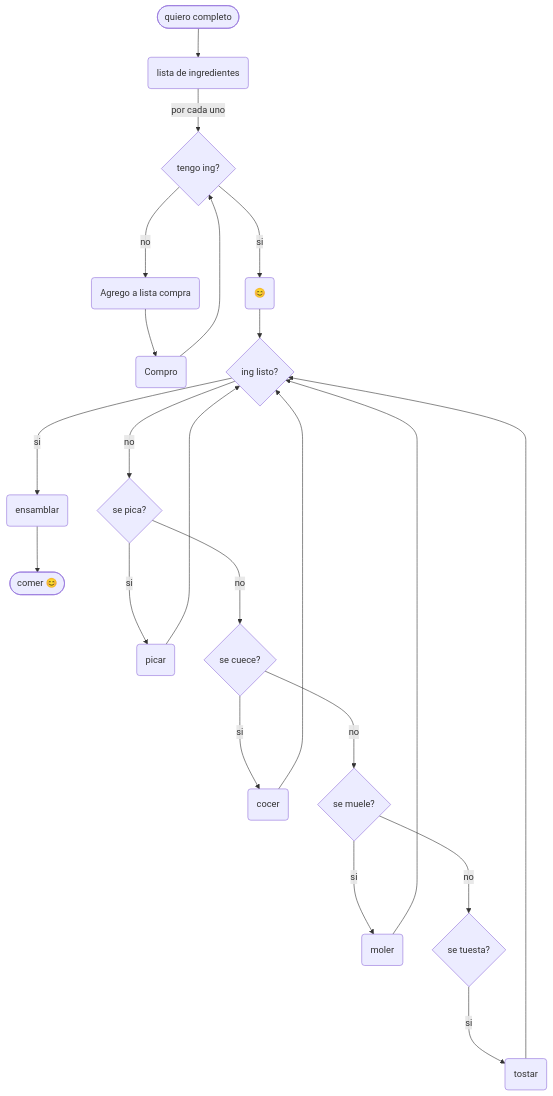
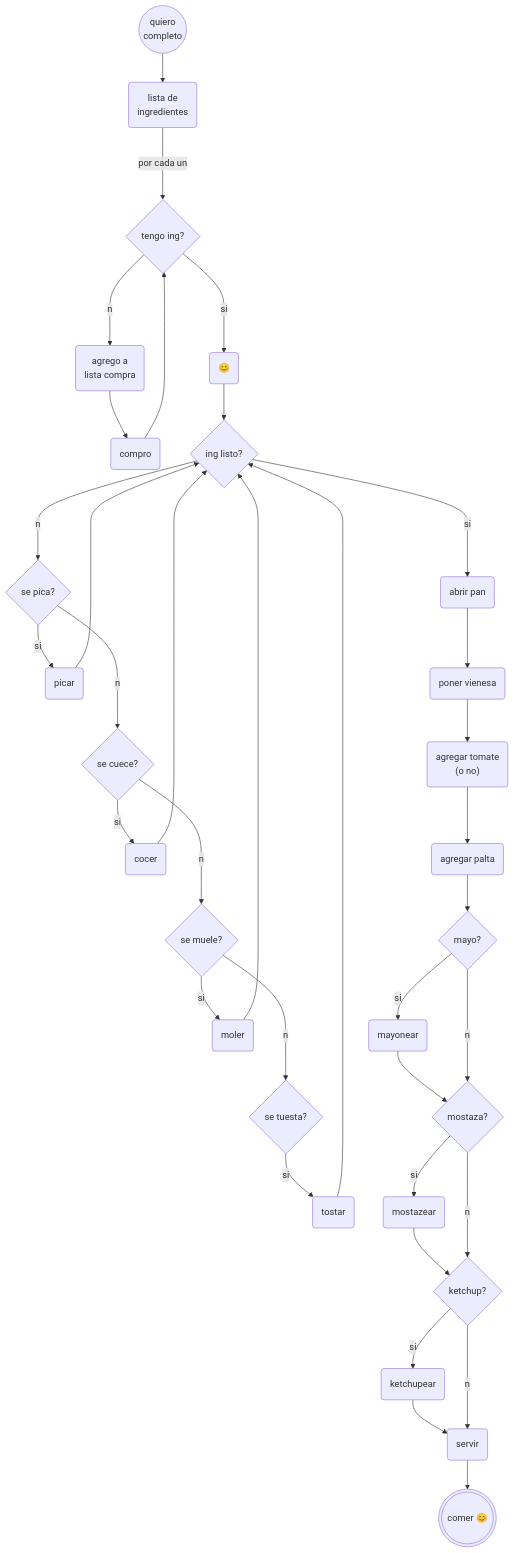
One commit to antoloch/dis8645-2026-2-procesos-2 changed the diagram in 22-sz-mada/sesion-13a/README.md. Above: the diagram before and after it, drawn with Mermaid. The commit also changed other lines of this file, not shown here.

````diff
--- a/22-sz-mada/sesion-13a/README.md
+++ b/22-sz-mada/sesion-13a/README.md
@@ -47,20 +49,30 @@
 ```mermaid
 flowchart TD
 
-A([quiero completo])-->B(lista de ingredientes);
-B-->|por cada uno|C{tengo ing?};
-C--->|si|D(😊);
-C--->|no|E(Agrego a lista compra);
-E-->F(Compro)-->C;
+A@{shape: circ, label: "quiero<br>completo"}-->B(lista de<br>ingredientes);
+B--por cada uno-->C{tengo ing?};
+C--si--->D("😊");
+C--no-->E(agrego a<br>lista compra);
+E-->F(compro)-->C;
 D-->G{ing listo?};
-G--->|si|H(ensamblar);
-G--->|no|I{se pica?};
-I--->|si|M(picar)-->G;
-I--->|no|J{se cuece?};
-J--->|si|N(cocer)-->G;
-J--->|no|K{se muele?};
-K--->|si|O(moler)-->G;
-K--->|no|L{se tuesta?};
-L--->|si|P(tostar)-->G;
-H-->Q([comer 😊]);
+G--si--->H(abrir pan);
+G--no-->I{se pica?};
+I--si-->M(picar)-->G;
+I--no-->J{se cuece?};
+J--si-->N(cocer)-->G;
+J--no-->K{se muele?};
+K--si-->O(moler)-->G;
+K--no-->L{se tuesta?};
+L--si-->P(tostar)-->G;
+H-->Q(poner vienesa);
+Q-->R("agregar tomate<br>(o no)");
+R-->S(agregar palta);
+S-->T{mayo?};
+T--si-->X(mayonear)-->U;
+T--no-->U{mostaza?};
+U--si-->Y(mostazear)-->V;
+U--no-->V{ketchup?};
+V--si-->Z(ketchupear)-->W;
+V--no-->W(servir);
+W-->AA@{shape: dbl-circ, label: "comer 😊"};
 ```
````
